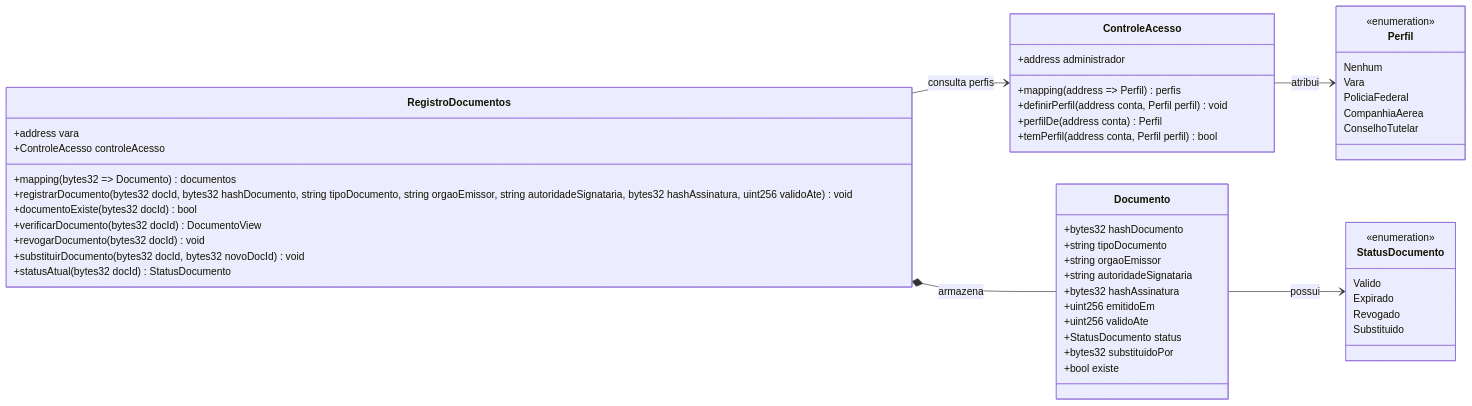
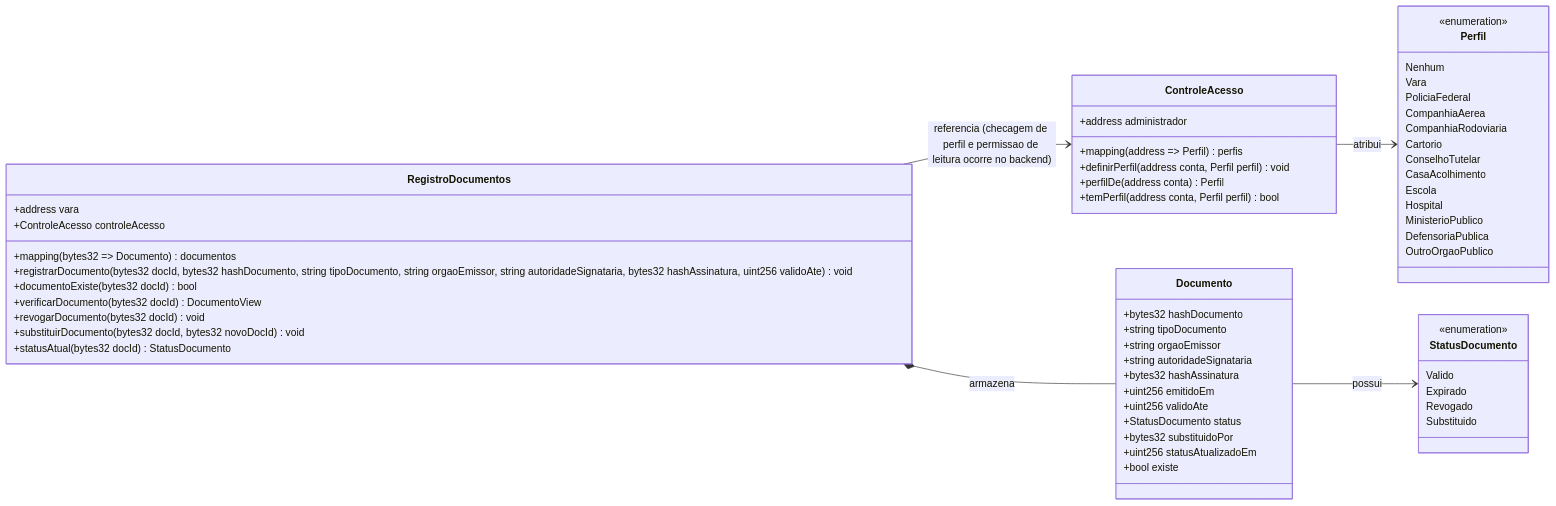
The diagram in docs/contratos.md (MarcosAntonio15243/blockchain-lab4-dapp), drawn with Mermaid before and after one commit. The commit also changed 1 other file, not shown here.

Commit message:
docs: atualiza diagramas de arquitetura e contratos
Reflete o enum Perfil completo (13 perfis), o campo statusAtualizadoEm
em Documento, e o fluxo de autenticacao por carteira e permissao de
leitura por documento, ausentes dos diagramas anteriores.

````diff
--- a/docs/contratos.md
+++ b/docs/contratos.md
@@ -5,59 +5,68 @@
 ```mermaid
 classDiagram
     direction LR
 
     class ControleAcesso {
         +address administrador
         +mapping(address => Perfil) perfis
         +definirPerfil(address conta, Perfil perfil) void
         +perfilDe(address conta) Perfil
         +temPerfil(address conta, Perfil perfil) bool
     }
 
     class RegistroDocumentos {
         +address vara
         +ControleAcesso controleAcesso
         +mapping(bytes32 => Documento) documentos
         +registrarDocumento(bytes32 docId, bytes32 hashDocumento, string tipoDocumento, string orgaoEmissor, string autoridadeSignataria, bytes32 hashAssinatura, uint256 validoAte) void
         +documentoExiste(bytes32 docId) bool
         +verificarDocumento(bytes32 docId) DocumentoView
         +revogarDocumento(bytes32 docId) void
         +substituirDocumento(bytes32 docId, bytes32 novoDocId) void
         +statusAtual(bytes32 docId) StatusDocumento
     }
 
     class Documento {
         +bytes32 hashDocumento
         +string tipoDocumento
         +string orgaoEmissor
         +string autoridadeSignataria
         +bytes32 hashAssinatura
         +uint256 emitidoEm
         +uint256 validoAte
         +StatusDocumento status
         +bytes32 substituidoPor
+        +uint256 statusAtualizadoEm
         +bool existe
     }
 
     class StatusDocumento {
         <<enumeration>>
         Valido
         Expirado
         Revogado
         Substituido
     }
 
     class Perfil {
         <<enumeration>>
         Nenhum
         Vara
         PoliciaFederal
         CompanhiaAerea
+        CompanhiaRodoviaria
+        Cartorio
         ConselhoTutelar
+        CasaAcolhimento
+        Escola
+        Hospital
+        MinisterioPublico
+        DefensoriaPublica
+        OutroOrgaoPublico
     }
 
-    RegistroDocumentos --> ControleAcesso : consulta perfis
+    RegistroDocumentos --> ControleAcesso : referencia (checagem de perfil e permissao de leitura ocorre no backend)
     RegistroDocumentos *-- Documento : armazena
     Documento --> StatusDocumento : possui
     ControleAcesso --> Perfil : atribui
 ```
````
